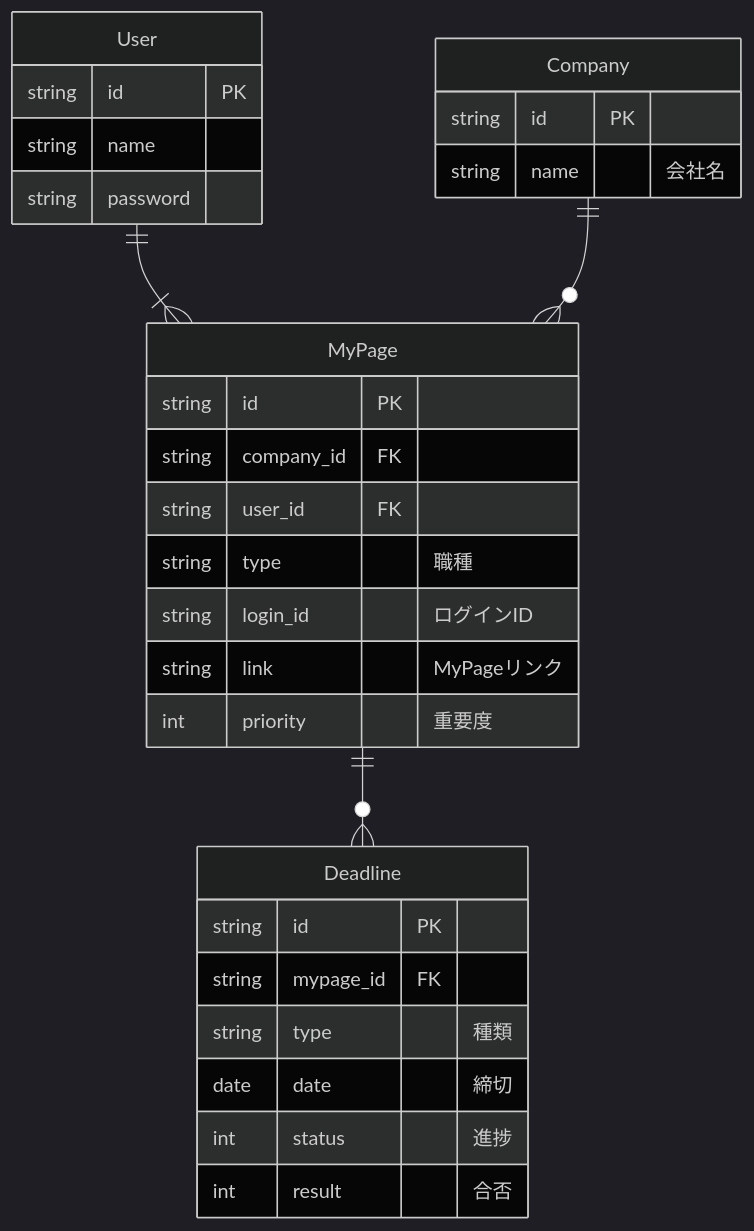
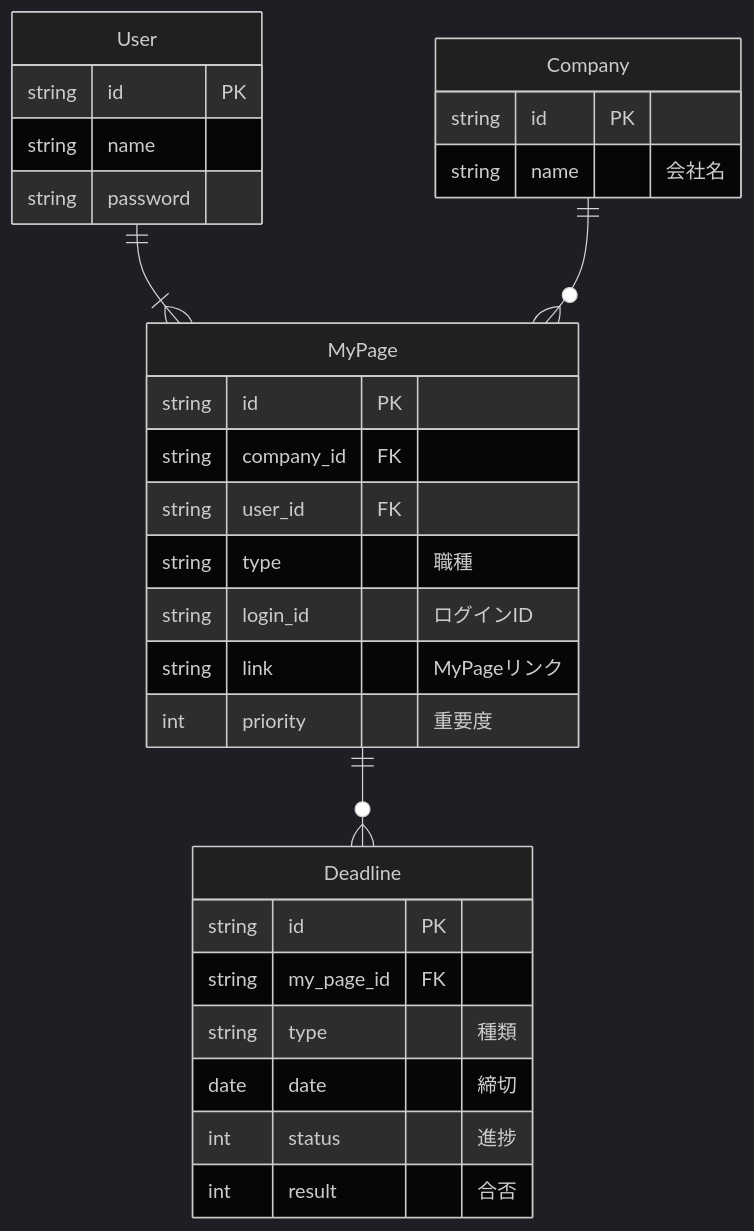
Before and after one commit to HarukiSugimoto/job_hunting_management: the diagram in README.md, drawn with Mermaid (dark theme). The commit also changed 2 other files, not shown here.

Commit message:
update: migration

````diff
--- a/README.md
+++ b/README.md
@@ -50,34 +50,34 @@
 ```mermaid
 erDiagram
     User{
         string id PK
         string name
         string password
     }
     Company{
         string id PK 
         string name "会社名"
     }
     MyPage{
         string id PK
         string company_id FK
         string user_id FK
         string type "職種"
         string login_id "ログインID"
         string link "MyPageリンク"
         int priority "重要度"
     }
     Deadline{
         string id PK
-        string mypage_id FK
+        string my_page_id FK
         string type "種類"
         date date "締切"
         int status "進捗"
         int result "合否"
     }
 
     User ||--|{ MyPage: ""
     Company ||--o{ MyPage: ""
     MyPage ||--o{ Deadline: ""
 
 ```
````
